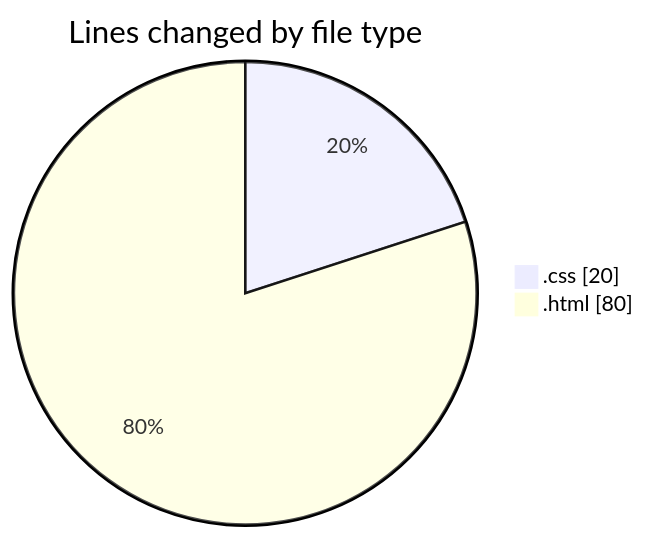
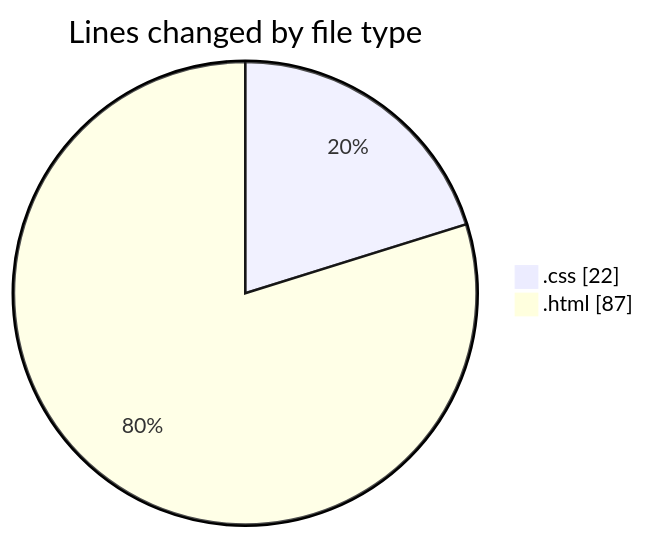
One commit to NitaiMahat/code-tracking changed the first of 2 diagrams in 2025-02-04/recipe-page-main/README.md. Above: the diagram before and after it, drawn with Mermaid. The commit also changed other lines of this file and 1 other file, not shown here.

````diff
--- a/2025-02-04/recipe-page-main/README.md
+++ b/2025-02-04/recipe-page-main/README.md
@@ -21,6 +21,6 @@
 ```mermaid
 pie showData
 title Lines changed by file type
-".css" : 20
-".html" : 80
+".css" : 22
+".html" : 87
 ```
````
